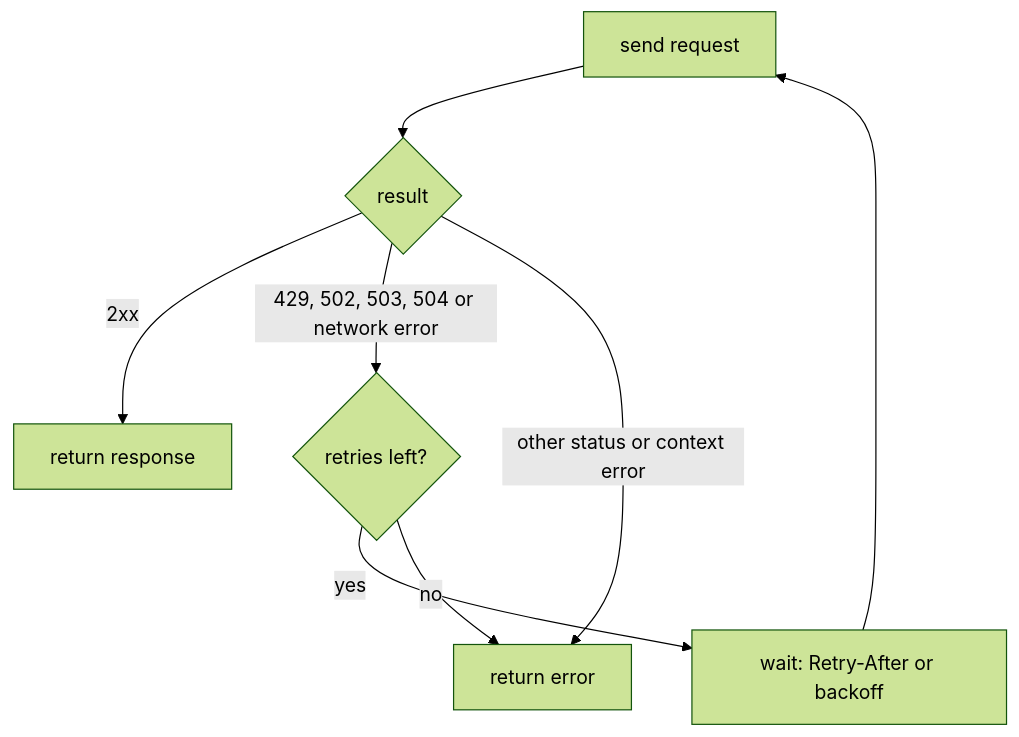
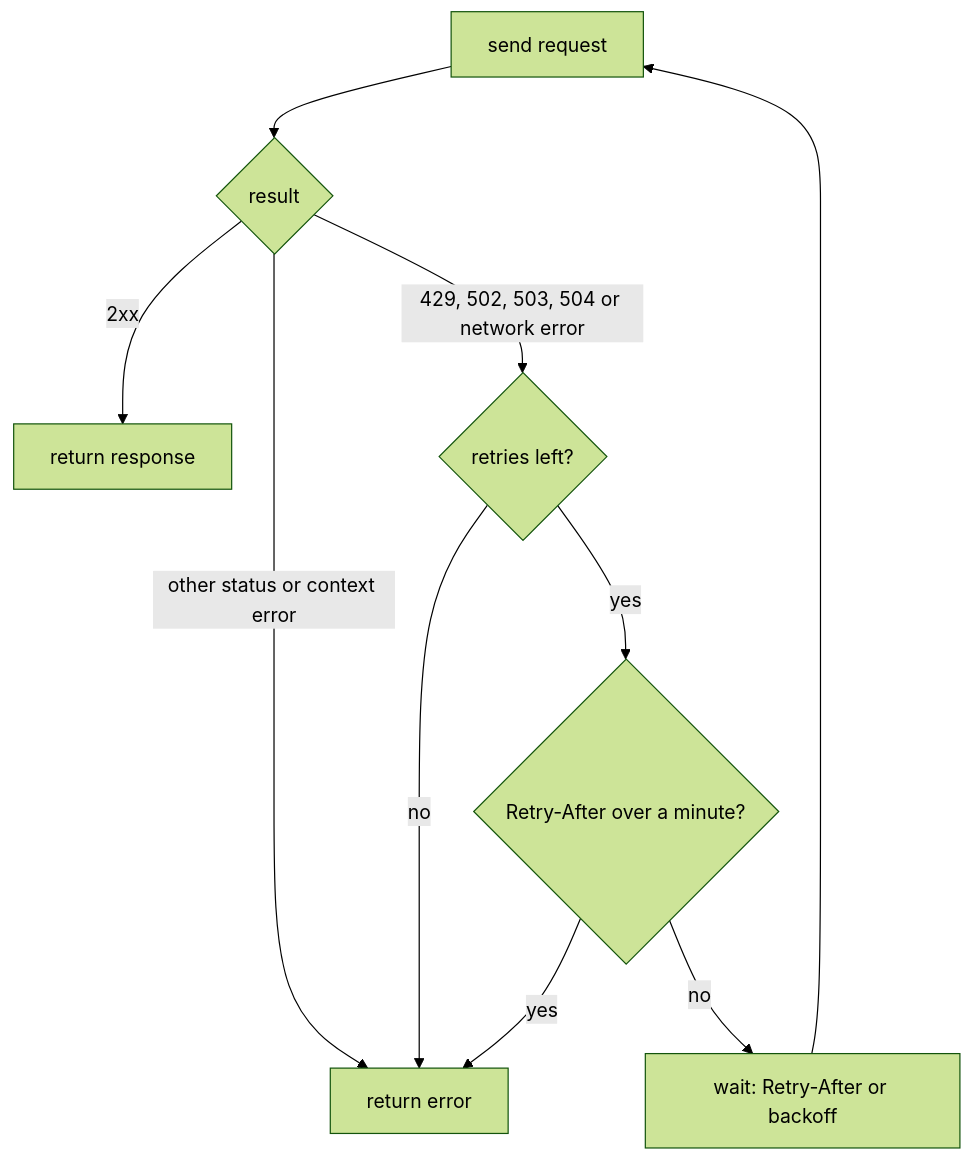
The fifth of 5 diagrams in docs/src/content/docs/architecture/runtime-providers.md (AltairaLabs/PromptKit), drawn with Mermaid (forest theme) before and after one commit. The commit also changed other lines of this file and 38 other files, not shown here.

````diff
--- a/docs/src/content/docs/architecture/runtime-providers.md
+++ b/docs/src/content/docs/architecture/runtime-providers.md
@@ -230,10 +232,12 @@
 ```mermaid
 graph TD
     Request["send request"] --> Result{"result"}
     Result -->|"2xx"| Done["return response"]
     Result -->|"429, 502, 503, 504 or network error"| Left{"retries left?"}
     Result -->|"other status or context error"| Fail["return error"]
-    Left -->|yes| Wait["wait: Retry-After or backoff"]
+    Left -->|yes| Asked{"Retry-After over a minute?"}
     Left -->|no| Fail
+    Asked -->|yes| Fail
+    Asked -->|no| Wait["wait: Retry-After or backoff"]
     Wait --> Request
 ```
````
